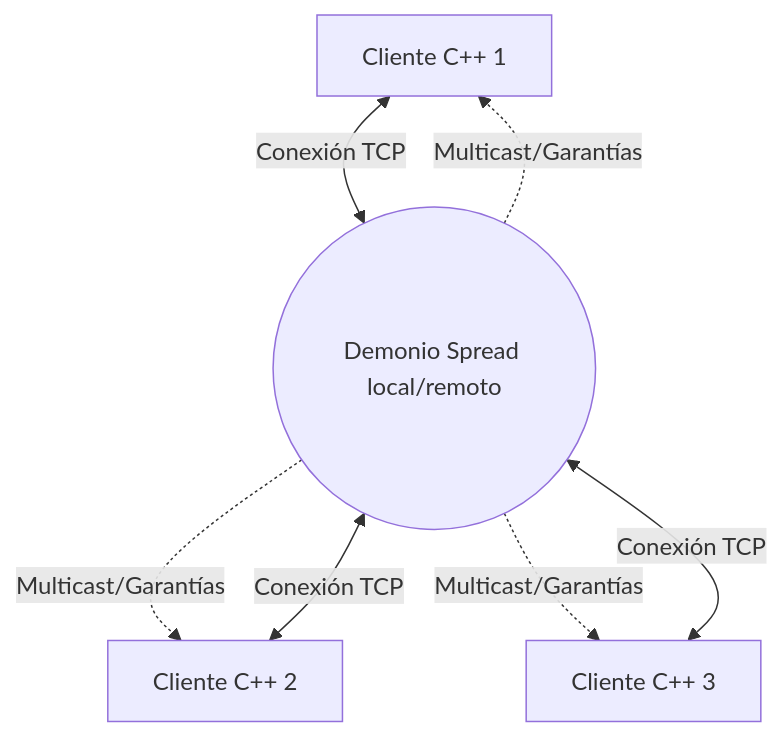
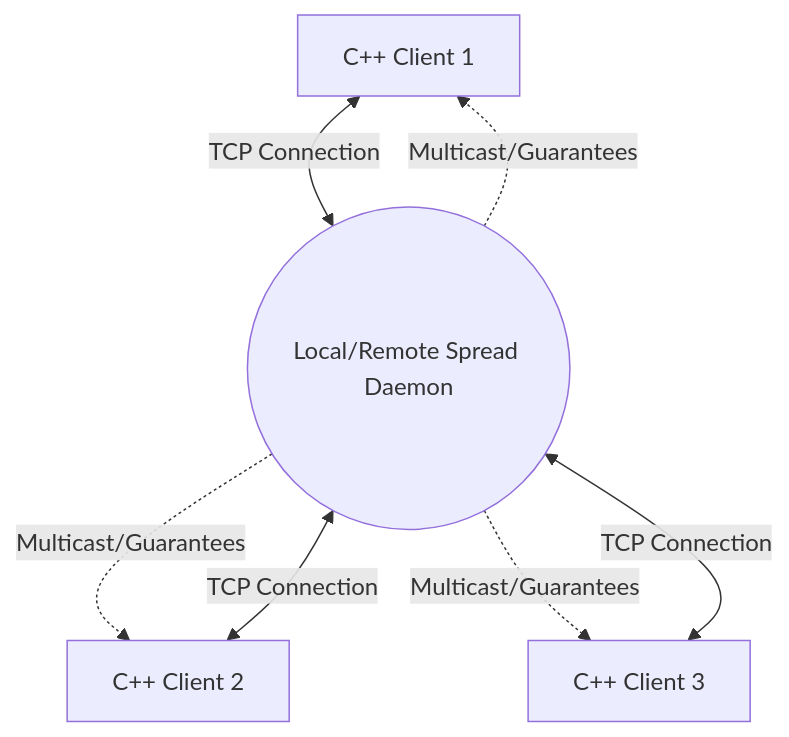
The second of 4 diagrams in readme.md (mfalconf/igt_playground), drawn with Mermaid before and after one commit. The commit also changed other lines of this file and 7 other files, not shown here.

````diff
--- a/readme.md
+++ b/readme.md
@@ -91,10 +91,10 @@
 ```mermaid
 graph TD
-    A[Cliente C++ 1] <-->|Conexión TCP| D((Demonio Spread local/remoto))
-    B[Cliente C++ 2] <-->|Conexión TCP| D
-    C[Cliente C++ 3] <-->|Conexión TCP| D
-    D -.->|Multicast/Garantías| A
-    D -.->|Multicast/Garantías| B
-    D -.->|Multicast/Garantías| C
+    A[C++ Client 1] <-->|TCP Connection| D((Local/Remote Spread Daemon))
+    B[C++ Client 2] <-->|TCP Connection| D
+    C[C++ Client 3] <-->|TCP Connection| D
+    D -.->|Multicast/Guarantees| A
+    D -.->|Multicast/Guarantees| B
+    D -.->|Multicast/Guarantees| C
 
 ```
````
